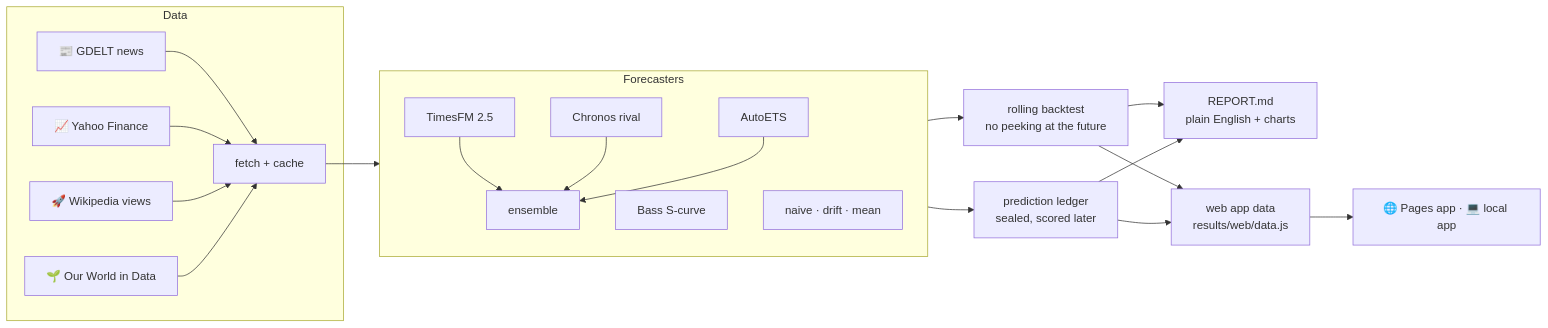
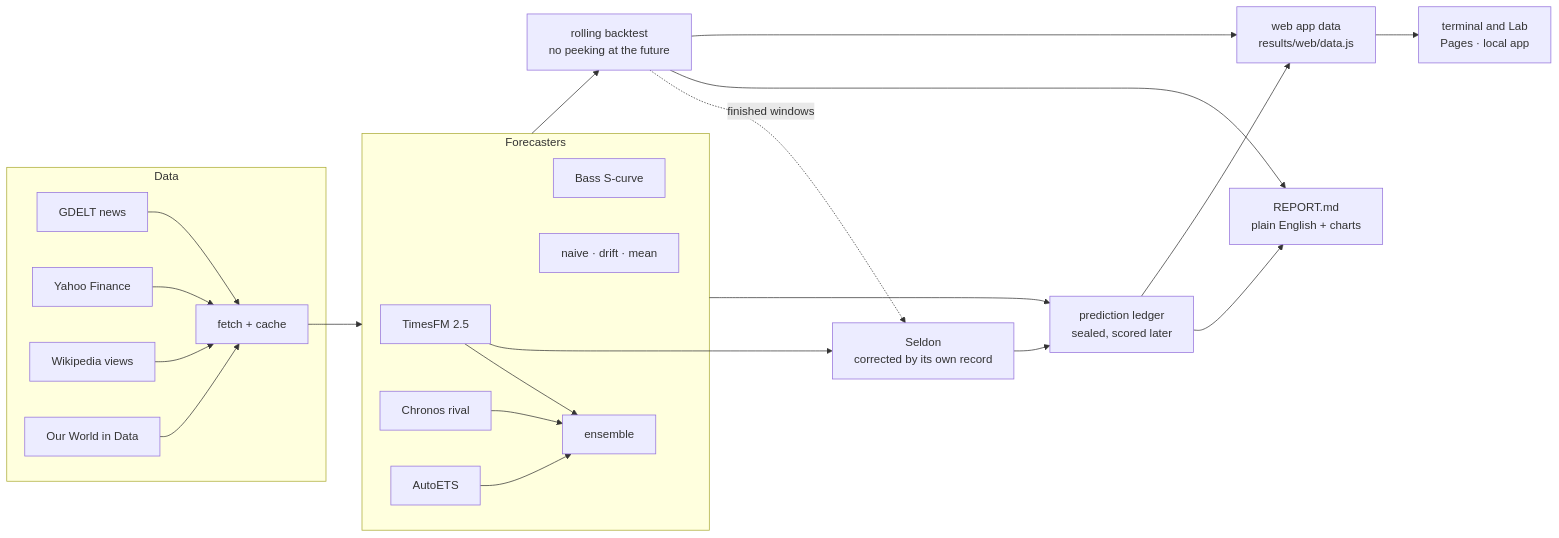
One commit to Normansrule/world-predictor changed the diagram in README.md. Above: the diagram before and after it, drawn with Mermaid. The commit also changed other lines of this file and 61 other files, not shown here.

````diff
--- a/README.md
+++ b/README.md
@@ -248,25 +354,28 @@
 ```mermaid
 flowchart LR
   subgraph Data
-    G[📰 GDELT news] --> F
-    Y[📈 Yahoo Finance] --> F
-    W[🚀 Wikipedia views] --> F
-    O[🌱 Our World in Data] --> F
+    G[GDELT news] --> F
+    Y[Yahoo Finance] --> F
+    W[Wikipedia views] --> F
+    O[Our World in Data] --> F
   end
   F[fetch + cache] --> M
   subgraph M [Forecasters]
     T[TimesFM 2.5]
     C[Chronos rival]
     E[AutoETS]
     B[Bass S-curve]
     N[naive · drift · mean]
     T & C & E --> EN[ensemble]
   end
+  T --> S[Seldon<br/>corrected by its own record]
+  BT -. finished windows .-> S
+  S --> L
   M --> BT[rolling backtest<br/>no peeking at the future]
   M --> L[prediction ledger<br/>sealed, scored later]
   BT --> R[REPORT.md<br/>plain English + charts]
   L --> R
   BT --> A[web app data<br/>results/web/data.js]
   L --> A
-  A --> APP[🌐 Pages app · 💻 local app]
+  A --> APP[terminal and Lab<br/>Pages · local app]
 ```
````
